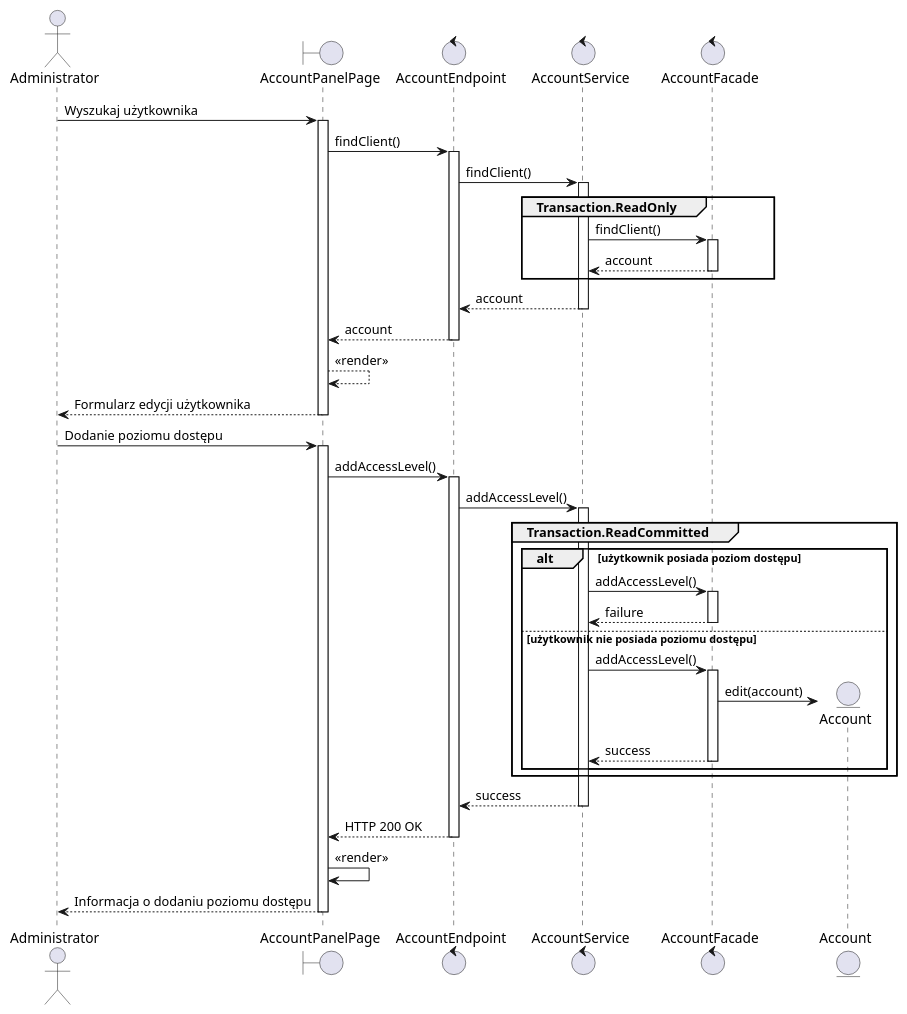
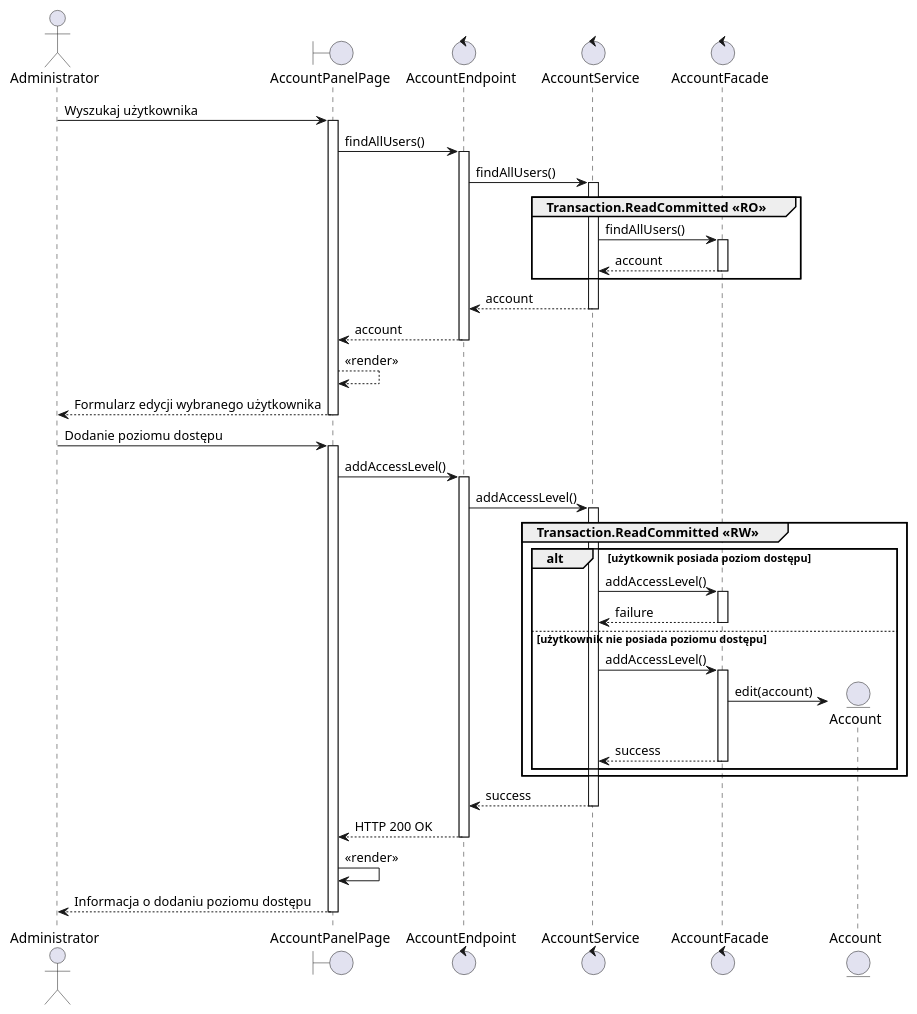
One commit to TheVivent-Politechnika-Lodzka/ssbd03_kic_uml changed the diagram in src/rozdział 7/mok5.puml. Above: the diagram before and after it, drawn with PlantUML. The commit also changed 2 other files, not shown here.

```diff
--- a/src/rozdział 7/mok5.puml
+++ b/src/rozdział 7/mok5.puml
@@ -1,44 +1,44 @@
 @startuml MOK.5
 
 actor Administrator as admin
 boundary AccountPanelPage as gui
 control AccountEndpoint as controller
 control AccountService as service
 control AccountFacade as facade
 entity Account as account
 
 admin -> gui ++ : Wyszukaj użytkownika
-gui -> controller ++ :  findClient()
-controller -> service ++ : findClient()
-group Transaction.ReadOnly
-    service -> facade ++ : findClient()
+gui -> controller ++ :  findAllUsers()
+controller -> service ++ : findAllUsers()
+group Transaction.ReadCommitted <<RO>>
+    service -> facade ++ : findAllUsers()
     return account
 end
 return account
 return account
 gui --> gui : <<render>>
-return Formularz edycji użytkownika
+return Formularz edycji wybranego użytkownika
 
 admin -> gui ++ : Dodanie poziomu dostępu
 gui -> controller ++ : addAccessLevel()
 controller -> service ++ : addAccessLevel() 
 
-group Transaction.ReadCommitted
+group Transaction.ReadCommitted <<RW>>
     alt użytkownik posiada poziom dostępu
         service -> facade ++ : addAccessLevel()
         return failure
     else użytkownik nie posiada poziomu dostępu
     
         service -> facade ++ : addAccessLevel()
         facade -> account ** : edit(account)
         return success
     end
 end
 
 return success
 return HTTP 200 OK
 gui -> gui : <<render>>
 return Informacja o dodaniu poziomu dostępu
 
 
 @enduml
```
